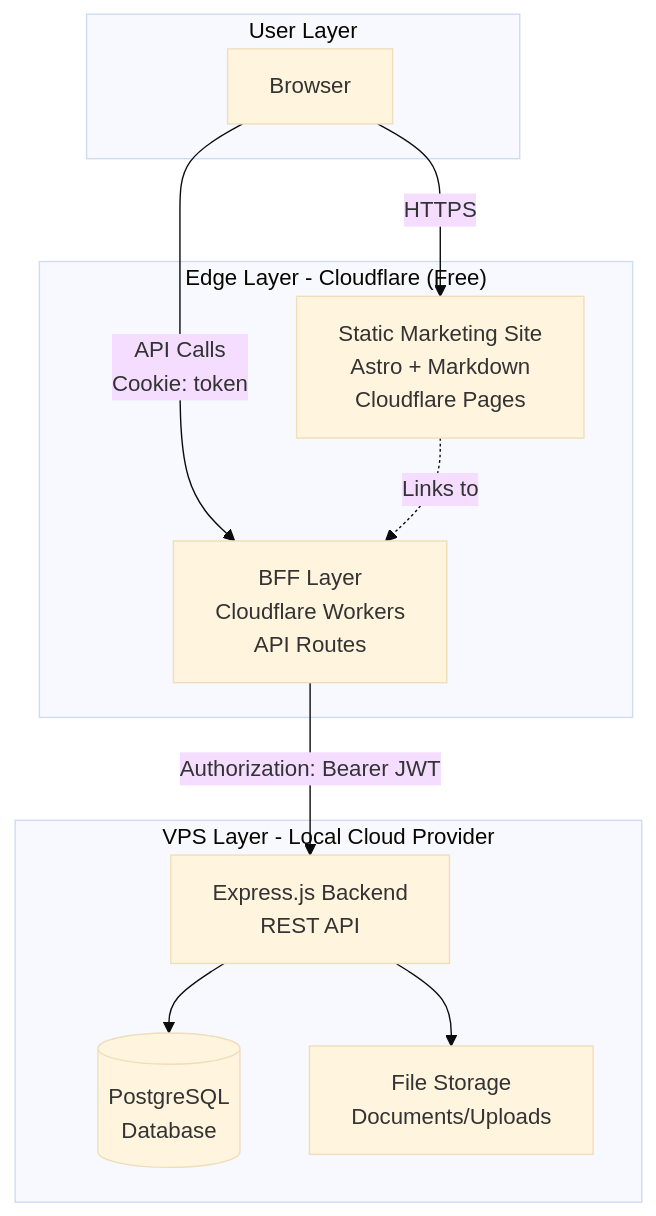
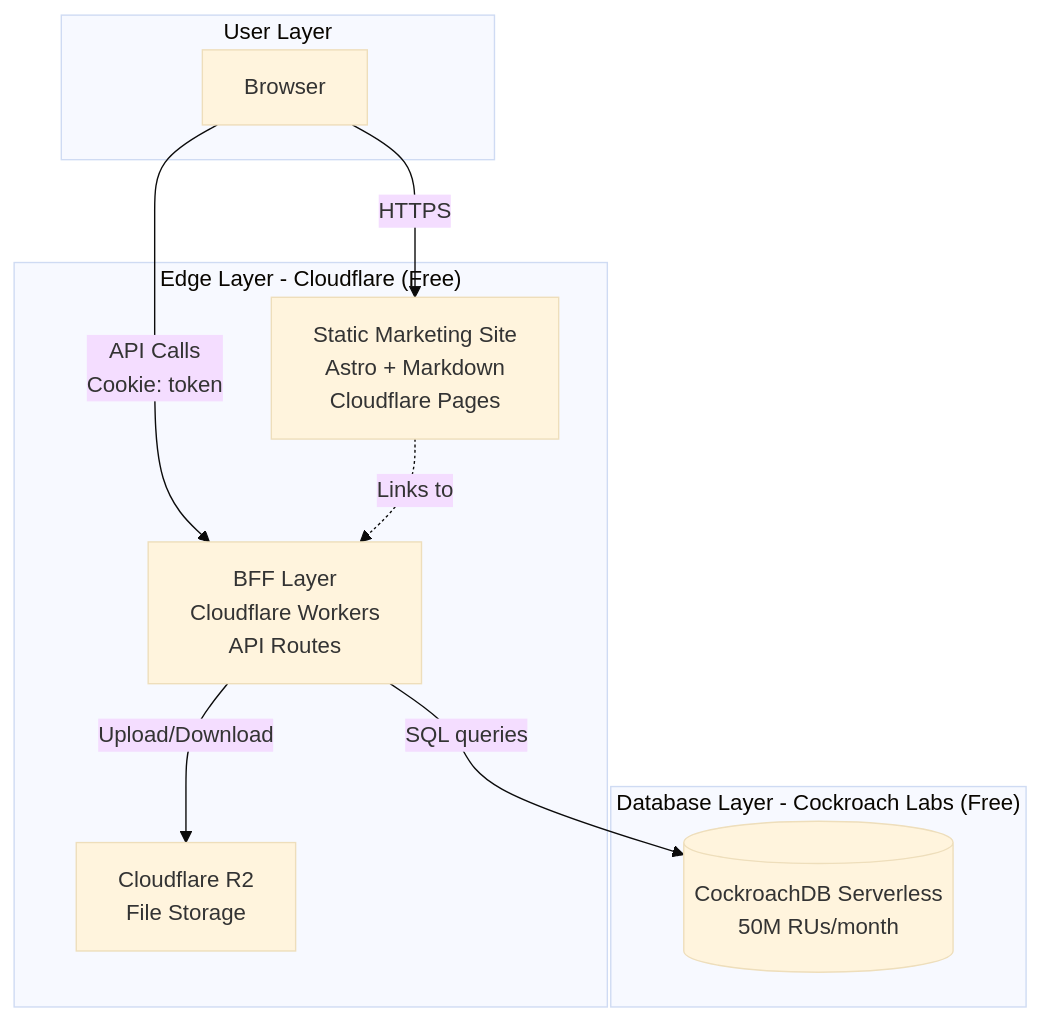
Before and after one commit to idtazkia/website-stmik: the first of 11 diagrams in docs/ARCHITECTURE.md, drawn with Mermaid (base theme). The commit also changed other lines of this file and 3 other files, not shown here.

First line of the commit message:
Update architecture to use CockroachDB Serverless

````diff
--- a/docs/ARCHITECTURE.md
+++ b/docs/ARCHITECTURE.md
@@ -21,25 +21,23 @@
 ```mermaid
 graph TB
     subgraph "User Layer"
         Browser[Browser]
     end
 
     subgraph "Edge Layer - Cloudflare (Free)"
         StaticSite[Static Marketing Site<br/>Astro + Markdown<br/>Cloudflare Pages]
         BFF[BFF Layer<br/>Cloudflare Workers<br/>API Routes]
+        FileStorage[Cloudflare R2<br/>File Storage]
     end
 
-    subgraph "VPS Layer - Local Cloud Provider"
-        Backend[Express.js Backend<br/>REST API]
-        Database[(PostgreSQL<br/>Database)]
-        FileStorage[File Storage<br/>Documents/Uploads]
+    subgraph "Database Layer - Cockroach Labs (Free)"
+        Database[(CockroachDB Serverless<br/>50M RUs/month)]
     end
 
     Browser -->|HTTPS| StaticSite
     Browser -->|API Calls<br/>Cookie: token| BFF
-    BFF -->|Authorization: Bearer JWT| Backend
-    Backend --> Database
-    Backend --> FileStorage
+    BFF -->|SQL queries| Database
+    BFF -->|Upload/Download| FileStorage
 
     StaticSite -.->|Links to| BFF
 ```
````
